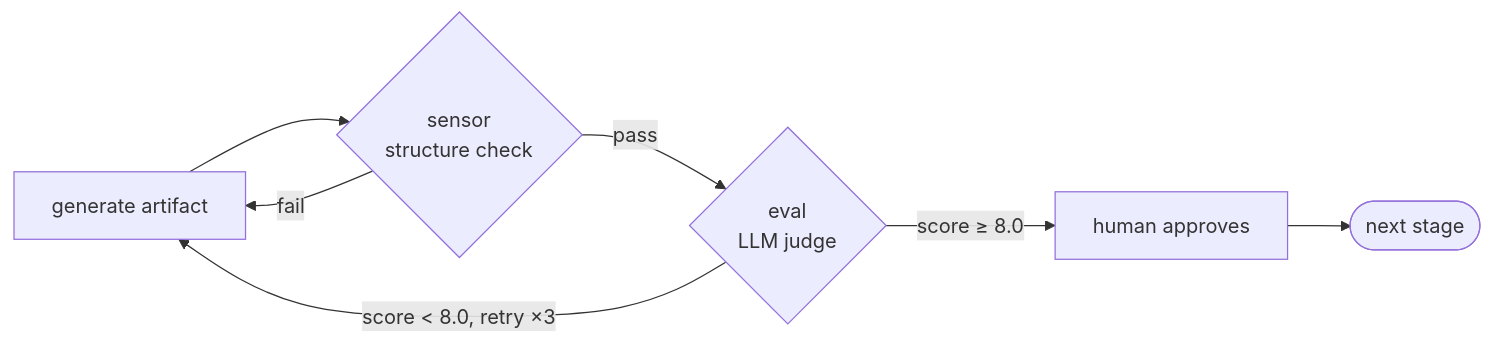
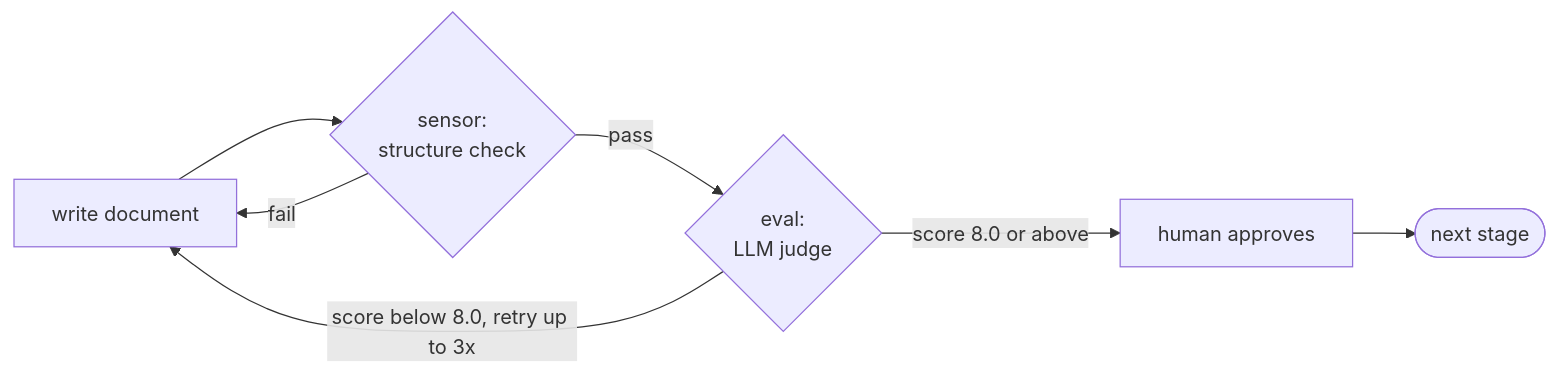
One commit to Pierry/harness-kit changed the third of 3 diagrams in README.md. Above: the diagram before and after it, drawn with Mermaid. The commit also changed other lines of this file and 1 other file, not shown here.

First line of the commit message:
docs(readme,site): restructure around value, add sequence diagram

````diff
--- a/README.md
+++ b/README.md
@@ -96,9 +206,9 @@
 ```mermaid
 flowchart LR
-    gen[generate artifact] --> sensor{sensor<br/>structure check}
+    gen[write document] --> sensor{sensor:<br/>structure check}
     sensor -->|fail| gen
-    sensor -->|pass| eval{eval<br/>LLM judge}
-    eval -->|score &lt; 8.0, retry ×3| gen
-    eval -->|score ≥ 8.0| approve[human approves]
+    sensor -->|pass| eval{eval:<br/>LLM judge}
+    eval -->|score below 8.0, retry up to 3x| gen
+    eval -->|score 8.0 or above| approve[human approves]
     approve --> next([next stage])
 ```
````
